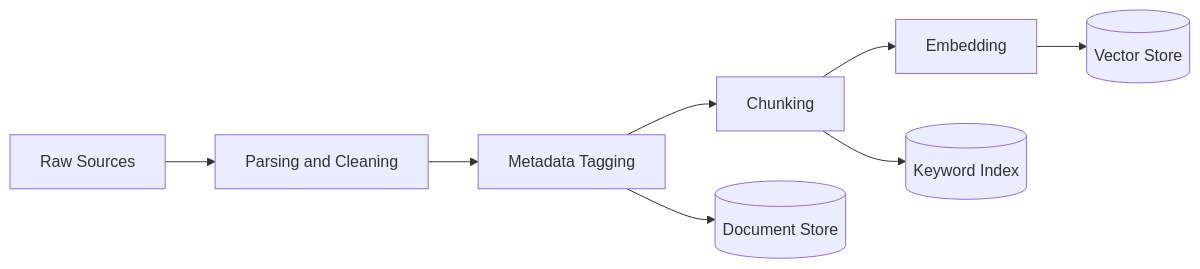
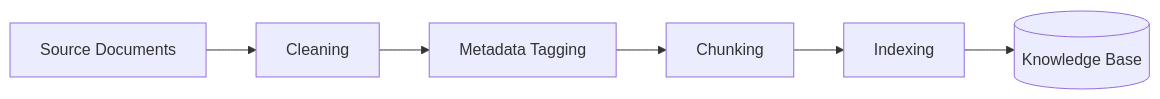
The third of 3 diagrams in README.md (osamashabih6960/-Medical-LLM-Authority), drawn with Mermaid before and after one commit. The commit also changed other lines of this file, not shown here.

````diff
--- a/README.md
+++ b/README.md
@@ -169,10 +126,8 @@
 ```mermaid
 flowchart LR
-    A[Raw Sources] --> B[Parsing and Cleaning]
+    A[Source Documents] --> B[Cleaning]
     B --> C[Metadata Tagging]
     C --> D[Chunking]
-    D --> E[Embedding]
-    E --> F[(Vector Store)]
-    C --> G[(Document Store)]
-    D --> H[(Keyword Index)]
+    D --> E[Indexing]
+    E --> F[(Knowledge Base)]
 ```
````
